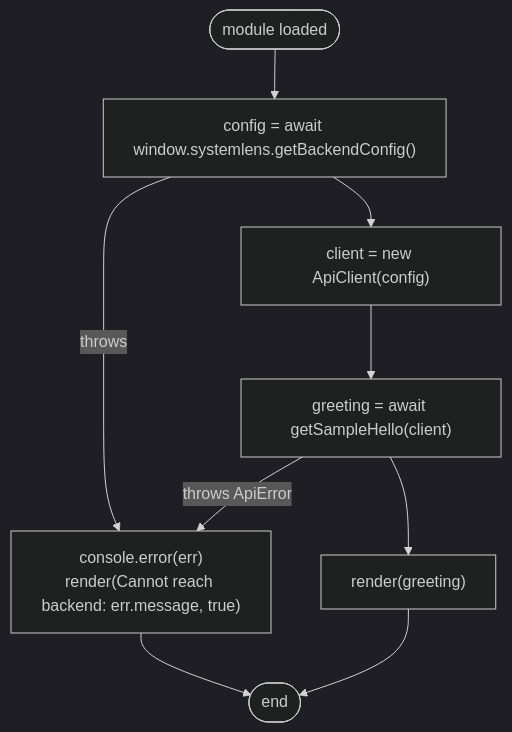
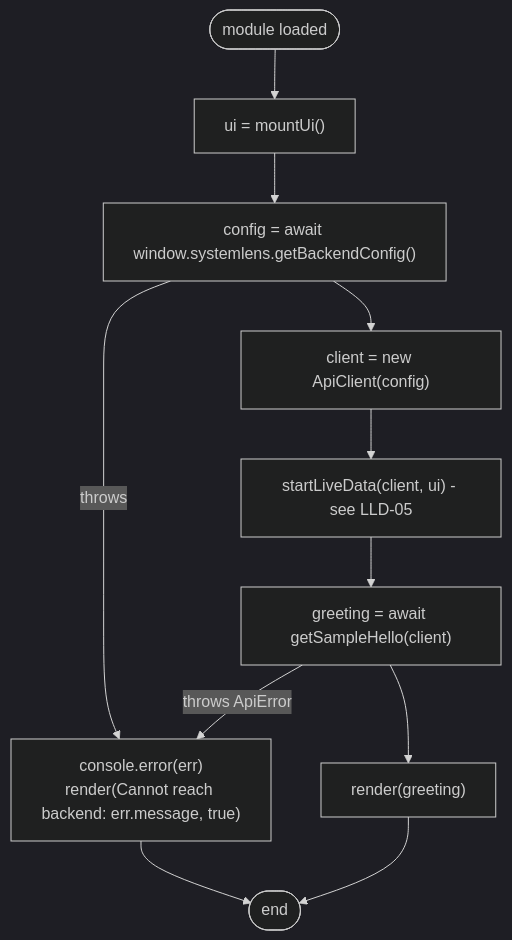
One commit to hoanglong1412/SystemLens changed the second of 4 diagrams in docs/design/lld/LLD-03-sample-hello.md. Above: the diagram before and after it, drawn with Mermaid (dark theme). The commit also changed other lines of this file and 44 other files, not shown here.

First line of the commit message:
Show live system data in the UI on Windows and Linux

````diff
--- a/docs/design/lld/LLD-03-sample-hello.md
+++ b/docs/design/lld/LLD-03-sample-hello.md
@@ -138,11 +138,13 @@
 ```mermaid
 flowchart TD
-    S(["module loaded"]) --> C["config = await window.systemlens.getBackendConfig()"]
+    S(["module loaded"]) --> U["ui = mountUi()"]
+    U --> C["config = await window.systemlens.getBackendConfig()"]
     C -- "throws" --> ERR
     C --> N["client = new ApiClient(config)"]
-    N --> G["greeting = await getSampleHello(client)"]
+    N --> L["startLiveData(client, ui) - see LLD-05"]
+    L --> G["greeting = await getSampleHello(client)"]
     G -- "throws ApiError" --> ERR["console.error(err)<br/>render(Cannot reach backend: err.message, true)"]
     G --> R["render(greeting)"]
     R --> E(["end"])
     ERR --> E
 ```
````
